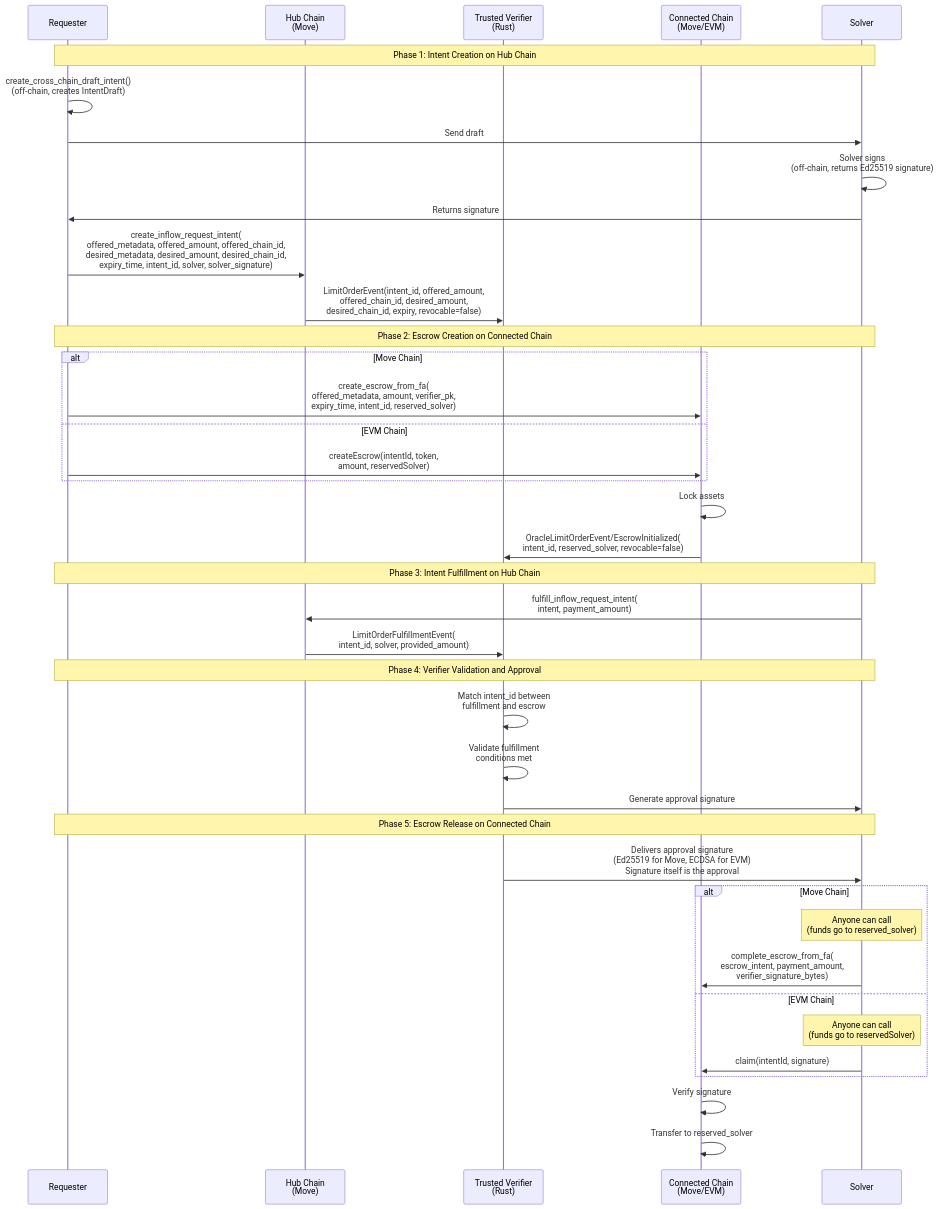
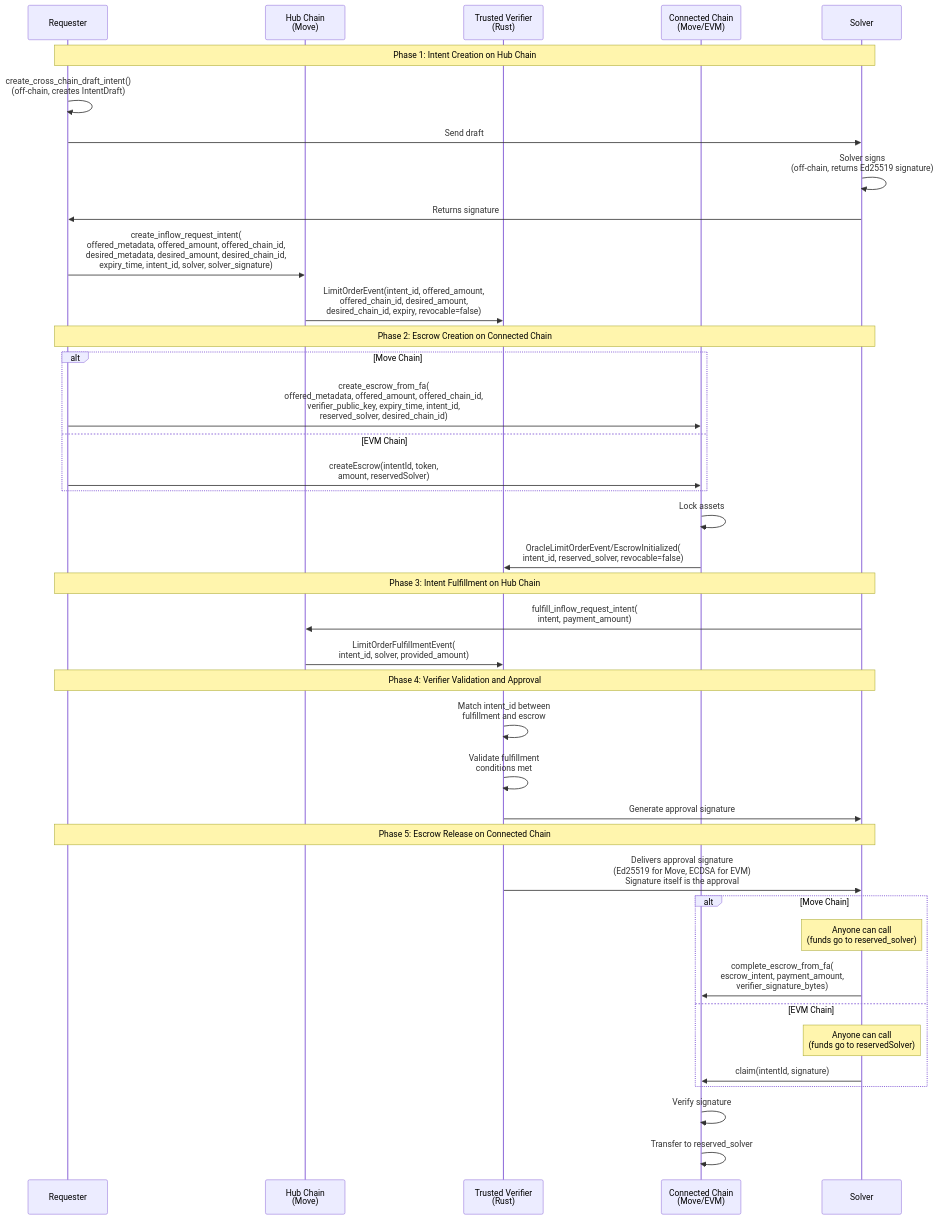
One commit to movementlabsxyz/intent-framework changed the first of 4 diagrams in docs/protocol.md. Above: the diagram before and after it, drawn with Mermaid. The commit also changed 7 other files, not shown here.

````diff
--- a/docs/protocol.md
+++ b/docs/protocol.md
@@ -28,46 +28,46 @@
 ```mermaid
 sequenceDiagram
     participant Requester
     participant Hub as Hub Chain<br/>(Move)
     participant Verifier as Trusted Verifier<br/>(Rust)
     participant Connected as Connected Chain<br/>(Move/EVM)
     participant Solver
 
     Note over Requester,Solver: Phase 1: Intent Creation on Hub Chain
     Requester->>Requester: create_cross_chain_draft_intent()<br/>(off-chain, creates IntentDraft)
     Requester->>Solver: Send draft
     Solver->>Solver: Solver signs<br/>(off-chain, returns Ed25519 signature)
     Solver->>Requester: Returns signature
     Requester->>Hub: create_inflow_request_intent(<br/>offered_metadata, offered_amount, offered_chain_id,<br/>desired_metadata, desired_amount, desired_chain_id,<br/>expiry_time, intent_id, solver, solver_signature)
     Hub->>Verifier: LimitOrderEvent(intent_id, offered_amount,<br/>offered_chain_id, desired_amount,<br/>desired_chain_id, expiry, revocable=false)
 
     Note over Requester,Solver: Phase 2: Escrow Creation on Connected Chain
     alt Move Chain
-        Requester->>Connected: create_escrow_from_fa(<br/>offered_metadata, amount, verifier_pk,<br/>expiry_time, intent_id, reserved_solver)
+        Requester->>Connected: create_escrow_from_fa(<br/>offered_metadata, offered_amount, offered_chain_id,<br/>verifier_public_key, expiry_time, intent_id,<br/>reserved_solver, desired_chain_id)
     else EVM Chain
         Requester->>Connected: createEscrow(intentId, token,<br/>amount, reservedSolver)
     end
     Connected->>Connected: Lock assets
     Connected->>Verifier: OracleLimitOrderEvent/EscrowInitialized(<br/>intent_id, reserved_solver, revocable=false)
 
     Note over Requester,Solver: Phase 3: Intent Fulfillment on Hub Chain
     Solver->>Hub: fulfill_inflow_request_intent(<br/>intent, payment_amount)
     Hub->>Verifier: LimitOrderFulfillmentEvent(<br/>intent_id, solver, provided_amount)
 
     Note over Requester,Solver: Phase 4: Verifier Validation and Approval
     Verifier->>Verifier: Match intent_id between<br/>fulfillment and escrow
     Verifier->>Verifier: Validate fulfillment<br/>conditions met
     Verifier->>Solver: Generate approval signature
 
     Note over Requester,Solver: Phase 5: Escrow Release on Connected Chain
     Verifier->>Solver: Delivers approval signature<br/>(Ed25519 for Move, ECDSA for EVM)<br/>Signature itself is the approval
     alt Move Chain
         Note over Solver: Anyone can call<br/>(funds go to reserved_solver)
         Solver->>Connected: complete_escrow_from_fa(<br/>escrow_intent, payment_amount,<br/>verifier_signature_bytes)
     else EVM Chain
         Note over Solver: Anyone can call<br/>(funds go to reservedSolver)
         Solver->>Connected: claim(intentId, signature)
     end
     Connected->>Connected: Verify signature
     Connected->>Connected: Transfer to reserved_solver
 ```
````
